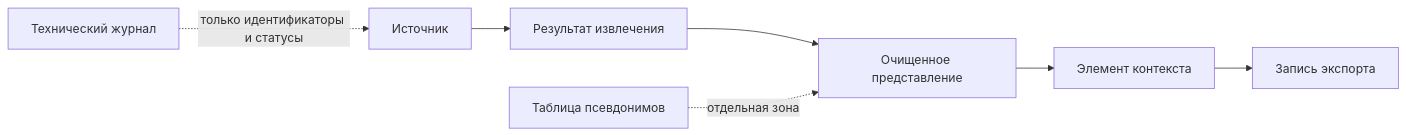
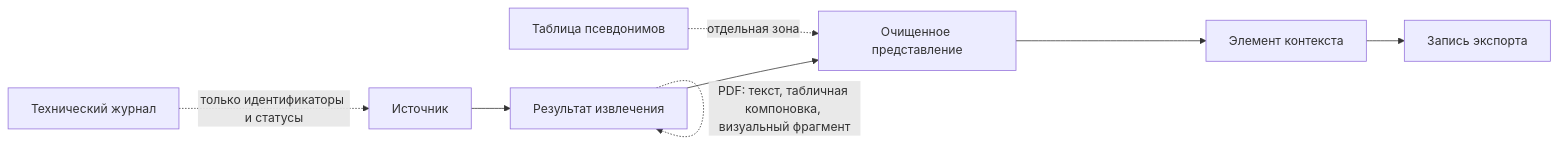
Before and after one commit to loengrin1990/Gaia-LAS: the diagram in docs/STORAGE_MODEL.md, drawn with Mermaid. The commit also changed other lines of this file and 8 other files, not shown here.

````diff
--- a/docs/STORAGE_MODEL.md
+++ b/docs/STORAGE_MODEL.md
@@ -5,6 +5,7 @@
 ```mermaid
 flowchart LR
   S["Источник"] --> E["Результат извлечения"] --> V["Очищенное представление"] --> C["Элемент контекста"] --> X["Запись экспорта"]
+  E -. PDF: текст, табличная компоновка, визуальный фрагмент .-> E
   P["Таблица псевдонимов"] -. отдельная зона .-> V
   J["Технический журнал"] -. только идентификаторы и статусы .-> S
 ```
````
